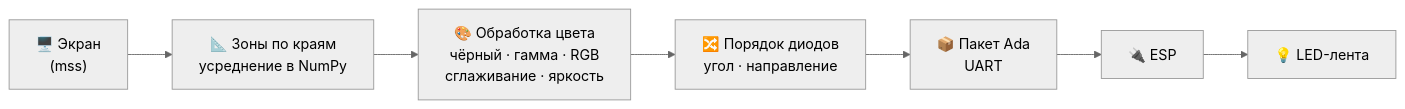
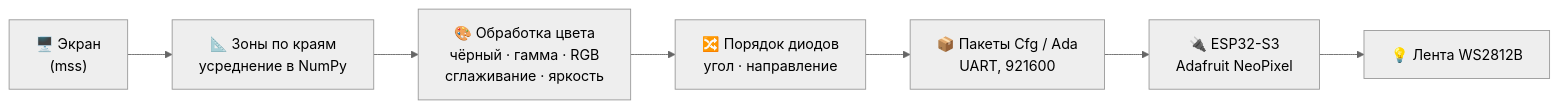
Before and after one commit to kirito17717/AmbilightHub: the diagram in README.md, drawn with Mermaid (neutral theme). The commit also changed other lines of this file, not shown here.

````diff
--- a/README.md
+++ b/README.md
@@ -58,9 +70,9 @@
 ```mermaid
 flowchart LR
     A["🖥️ Экран<br/>(mss)"] --> B["📐 Зоны по краям<br/>усреднение в NumPy"]
     B --> C["🎨 Обработка цвета<br/>чёрный · гамма · RGB<br/>сглаживание · яркость"]
     C --> D["🔀 Порядок диодов<br/>угол · направление"]
-    D --> E["📦 Пакет Ada<br/>UART"]
-    E --> F["🔌 ESP"]
-    F --> G["💡 LED-лента"]
+    D --> E["📦 Пакеты Cfg / Ada<br/>UART, 921600"]
+    E --> F["🔌 ESP32-S3<br/>Adafruit NeoPixel"]
+    F --> G["💡 Лента WS2812B"]
 ```
````
